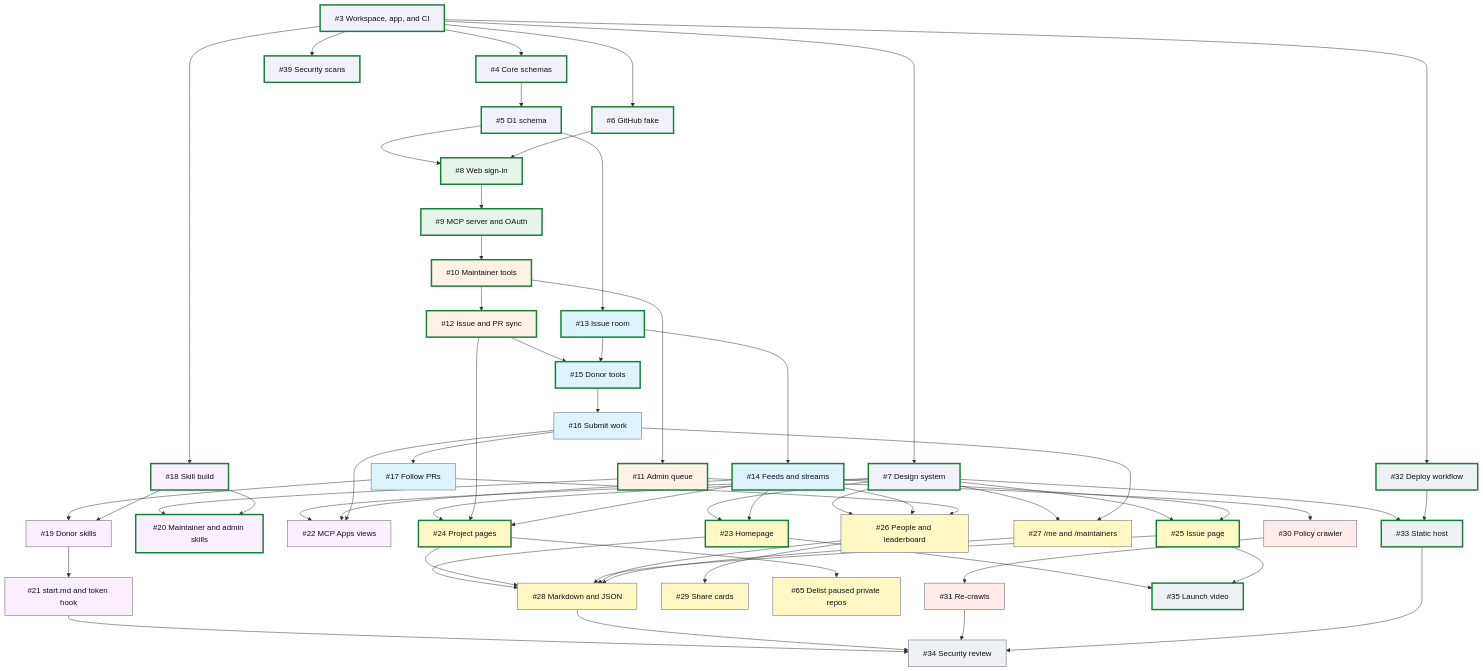
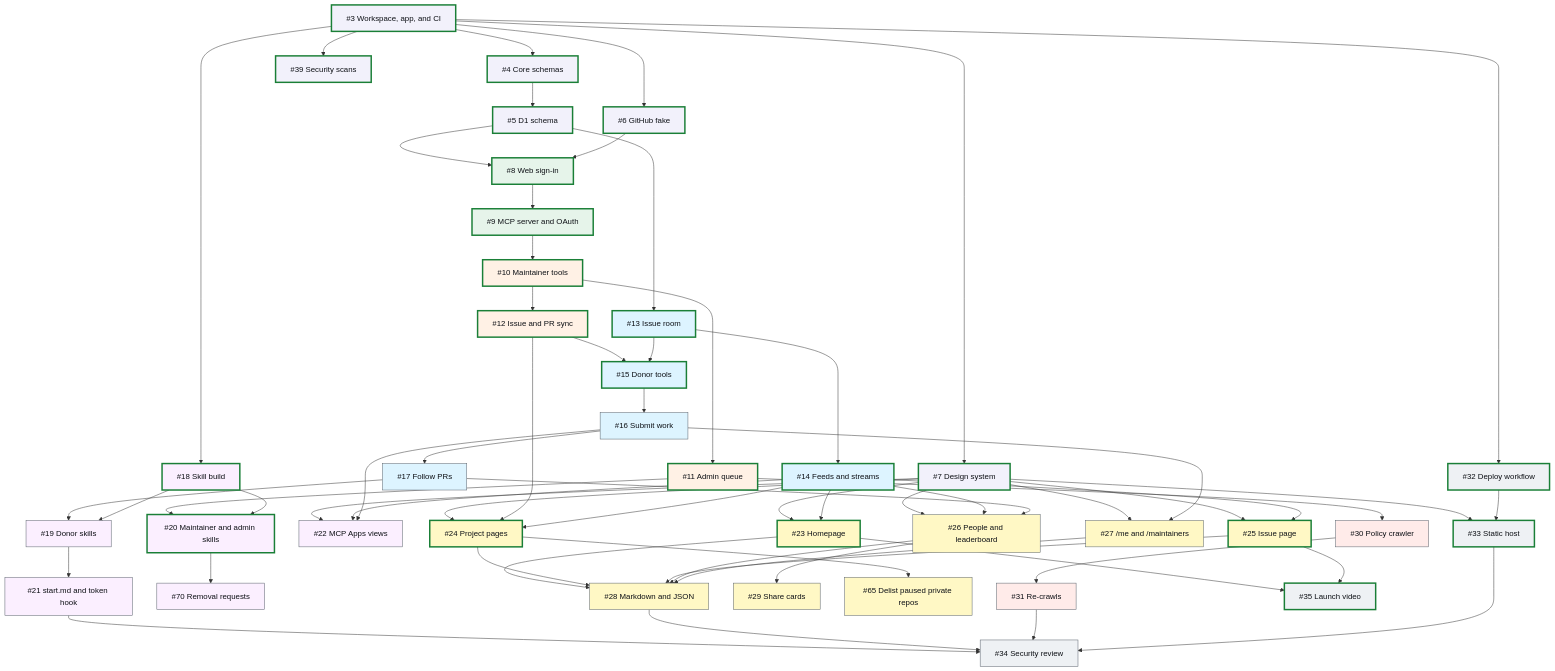
The diagram in ROADMAP.md (meanwhileso/goodfirsttoken), drawn with Mermaid before and after one commit. The commit also changed other lines of this file, not shown here.

Commit message:
Add #70 to the roadmap after the maintain and admin skills
#70 gives maintainers a tool to ask for removal, and replaces the
interim check by a commit in the repo that the admin skill uses now.
It goes at the end of M5, blocked by #20.

```diff
--- a/ROADMAP.md
+++ b/ROADMAP.md
@@ -144,6 +145,7 @@
   n20["#20 Maintainer and admin skills"]:::m5
   n21["#21 start.md and token hook"]:::m5
   n22["#22 MCP Apps views"]:::m5
+  n70["#70 Removal requests"]:::m5
   n23["#23 Homepage"]:::m6
   n24["#24 Project pages"]:::m6
   n25["#25 Issue page"]:::m6
@@ -199,6 +201,7 @@
   n18 --> n19
   n18 --> n20
   n19 --> n21
+  n20 --> n70
   n21 --> n34
   n23 --> n28
   n23 --> n35
```
